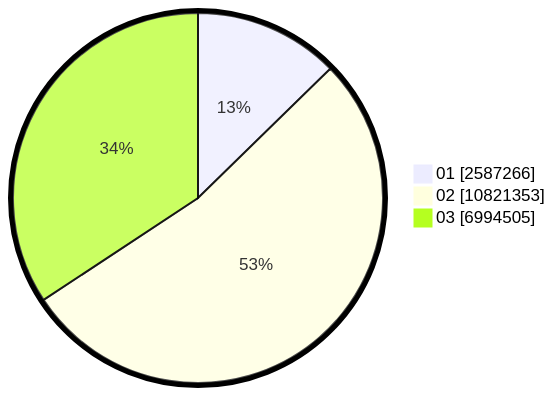
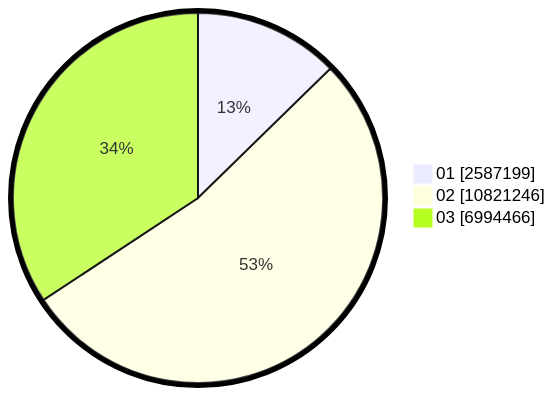
Before and after one commit to gigit-pemilu/pemilu-2024: the second of 2 diagrams in pilpres/hitung-suara/sub/table-wilayah-33.md, drawn with Mermaid. The commit also changed other lines of this file and 4 other files, not shown here.

````diff
--- a/pilpres/hitung-suara/sub/table-wilayah-33.md
+++ b/pilpres/hitung-suara/sub/table-wilayah-33.md
@@ -15,7 +15,7 @@
 ```mermaid
 %%{init: {"pie": {"textPosition": 0.5}, "themeVariables": {"pieOuterStrokeWidth": "5px"}} }%%
 pie showData
-    "01" : 2587266
-    "02" : 10821353
-    "03" : 6994505
+    "01" : 2587199
+    "02" : 10821246
+    "03" : 6994466
 ```
````
